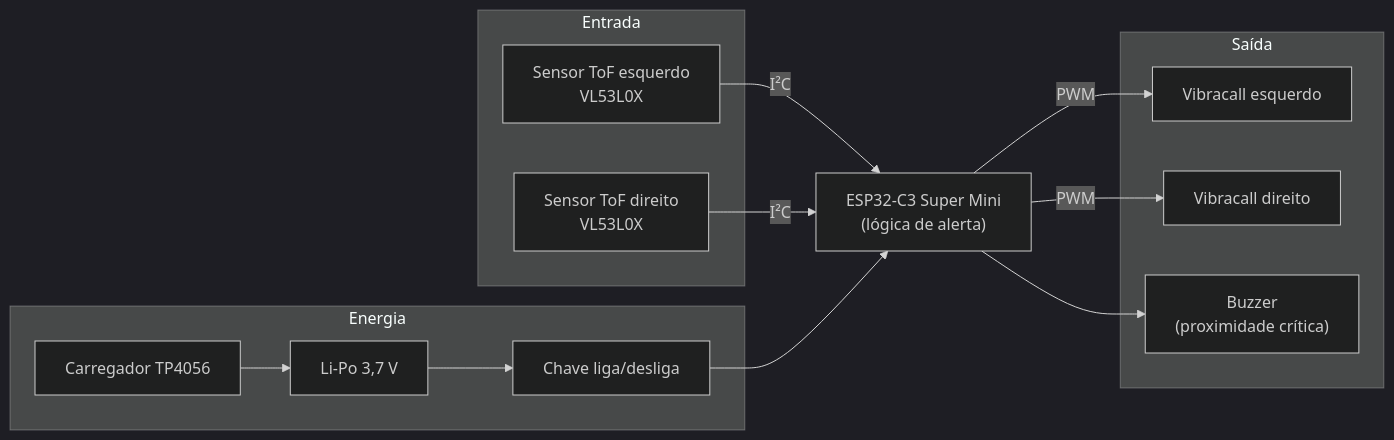
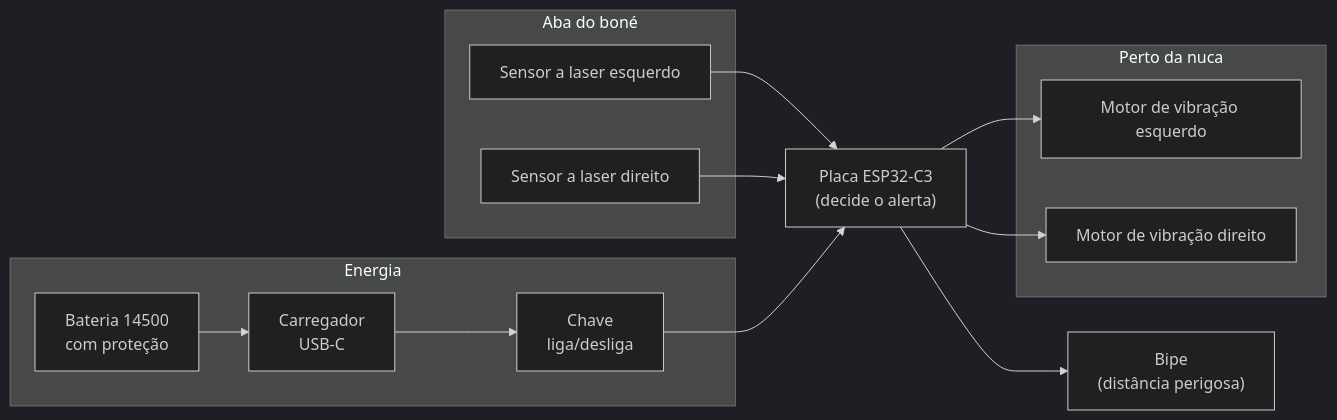
The diagram in README.md (Horizonte-Inovacao/provisao), drawn with Mermaid (dark theme) before and after one commit. The commit also changed other lines of this file and 25 other files, not shown here.

````diff
--- a/README.md
+++ b/README.md
@@ -34,23 +34,23 @@
 ```mermaid
 flowchart LR
-    subgraph Entrada
-        SE["Sensor ToF esquerdo<br/>VL53L0X"]
-        SD["Sensor ToF direito<br/>VL53L0X"]
+    subgraph Aba do boné
+        SE["Sensor a laser esquerdo"]
+        SD["Sensor a laser direito"]
     end
-    MCU["ESP32-C3 Super Mini<br/>(lógica de alerta)"]
-    subgraph Saida["Saída"]
-        ME["Vibracall esquerdo"]
-        MD["Vibracall direito"]
-        BZ["Buzzer<br/>(proximidade crítica)"]
+    MCU["Placa ESP32-C3<br/>(decide o alerta)"]
+    subgraph Perto da nuca
+        ME["Motor de vibração esquerdo"]
+        MD["Motor de vibração direito"]
     end
+    BZ["Bipe<br/>(distância perigosa)"]
     subgraph Energia
-        BAT["Li-Po 3,7 V"] --> CH["Chave liga/desliga"]
-        TP["Carregador TP4056"] --> BAT
+        BAT["Bateria 14500<br/>com proteção"] --> CARR["Carregador<br/>USB-C"]
+        CARR --> CH["Chave<br/>liga/desliga"]
     end
-    SE -- "I²C" --> MCU
-    SD -- "I²C" --> MCU
-    MCU -- "PWM" --> ME
-    MCU -- "PWM" --> MD
+    SE --> MCU
+    SD --> MCU
+    MCU --> ME
+    MCU --> MD
     MCU --> BZ
     CH --> MCU
 ```
````
